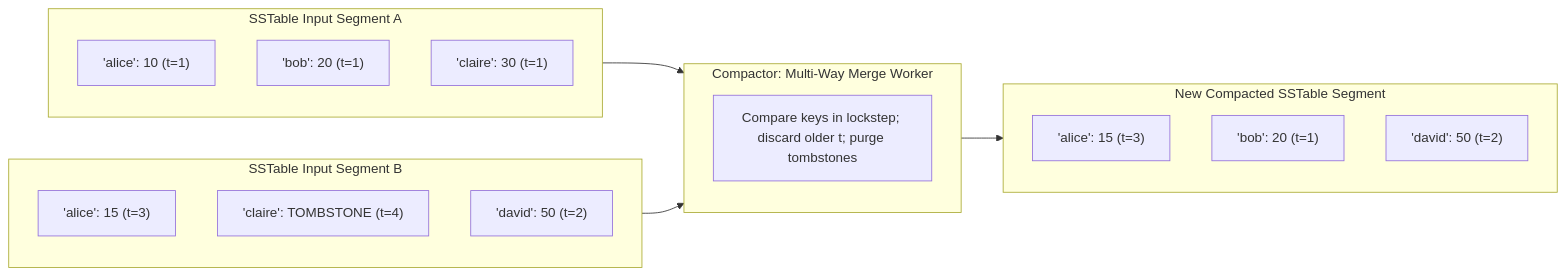
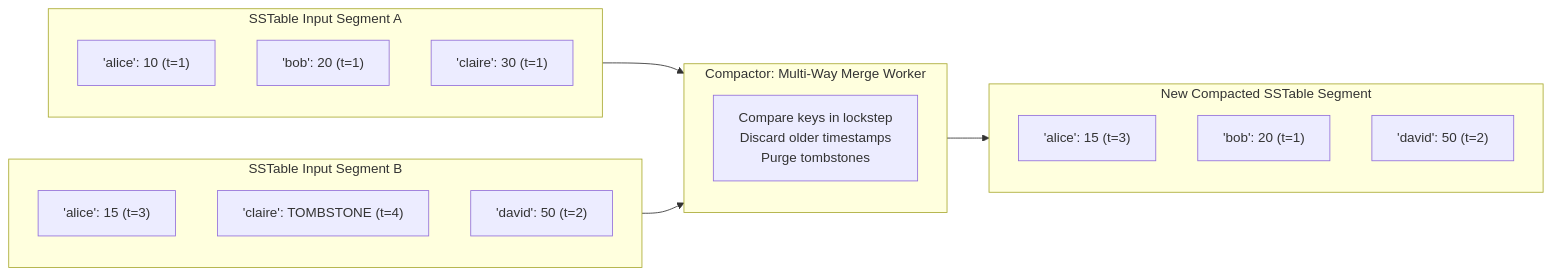
One commit to 1mimhe/books-summery changed the third of 12 diagrams in 01 Designing Data-Intensive Applications/chapter-04-storage-and-retrieval.md. Above: the diagram before and after it, drawn with Mermaid. The commit also changed other lines of this file and 1 other file, not shown here.

````diff
--- a/01 Designing Data-Intensive Applications/chapter-04-storage-and-retrieval.md
+++ b/01 Designing Data-Intensive Applications/chapter-04-storage-and-retrieval.md
@@ -353,32 +231,28 @@
 ```mermaid
 flowchart LR
   subgraph IN1["SSTable Input Segment A"]
     direction TB
     A1["'alice': 10 (t=1)"]
     A2["'bob': 20 (t=1)"]
     A3["'claire': 30 (t=1)"]
   end
-
   subgraph IN2["SSTable Input Segment B"]
     direction TB
     B1["'alice': 15 (t=3)"]
     B2["'claire': TOMBSTONE (t=4)"]
     B3["'david': 50 (t=2)"]
   end
-
   subgraph MERGE_ENGINE["Compactor: Multi-Way Merge Worker"]
     direction TB
-    CMP["Compare keys in lockstep; discard older t; purge tombstones"]
+    CMP["Compare keys in lockstep<br/>Discard older timestamps<br/>Purge tombstones"]
   end
-
   subgraph OUT["New Compacted SSTable Segment"]
     direction TB
     O1["'alice': 15 (t=3)"]
     O2["'bob': 20 (t=1)"]
     O3["'david': 50 (t=2)"]
   end
-
   IN1 --> CMP
   IN2 --> CMP
   CMP --> OUT
 ```
````
